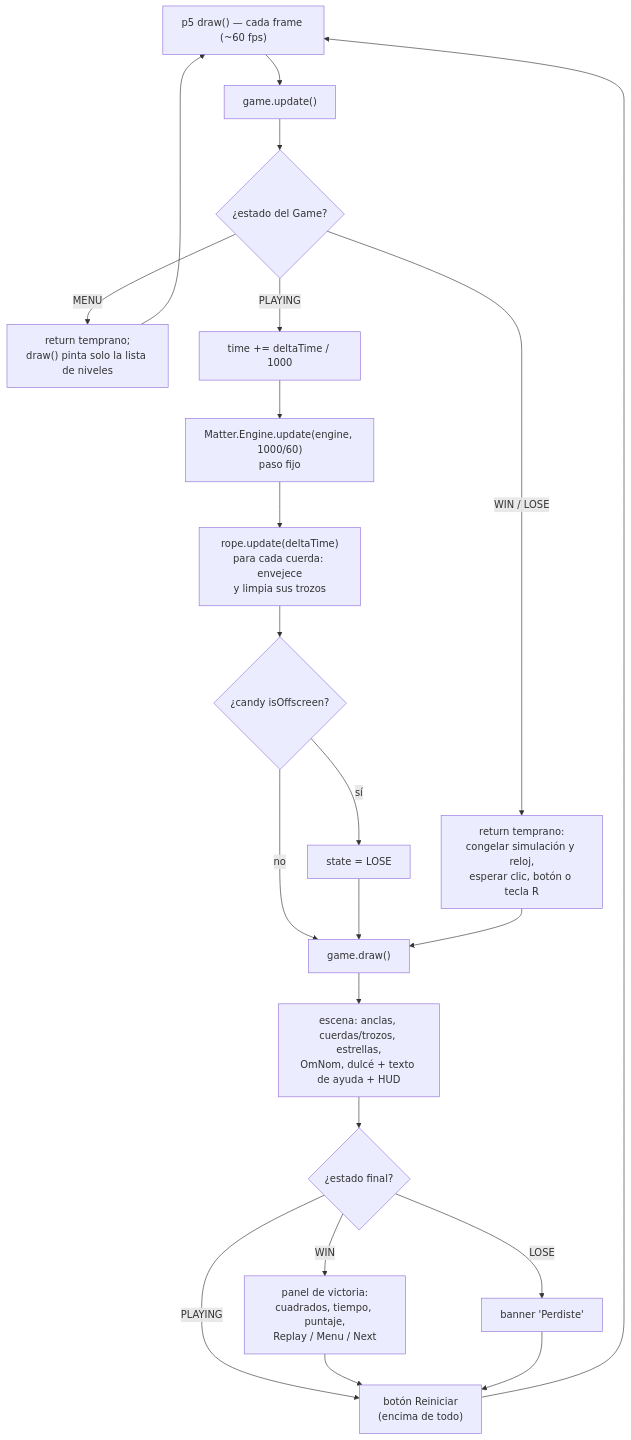
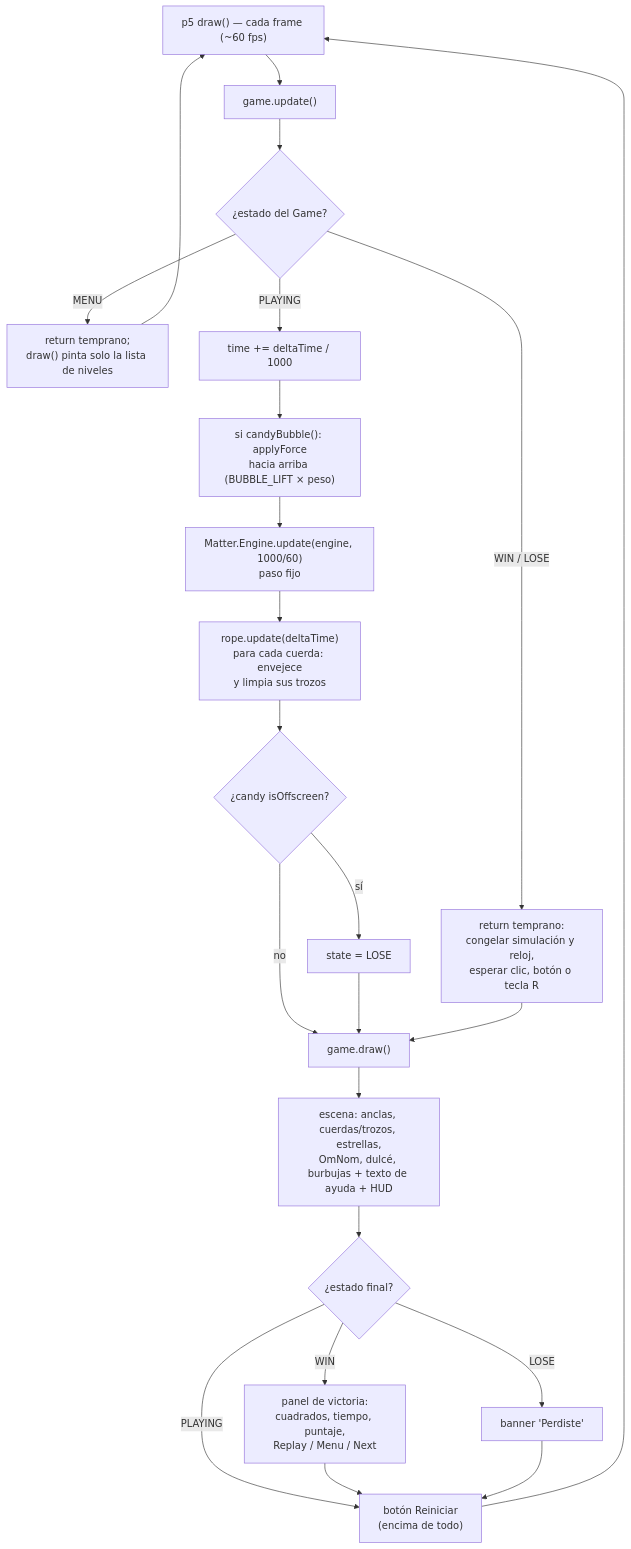
One commit to ShryhakAkizuki/Cut_The_Rope-Visual_Computing_2026-II changed the fifth of 5 diagrams in docs/arquitectura-mvp.md. Above: the diagram before and after it, drawn with Mermaid. The commit also changed other lines of this file and 5 other files, not shown here.

````diff
--- a/docs/arquitectura-mvp.md
+++ b/docs/arquitectura-mvp.md
@@ -365,24 +395,25 @@
 ```mermaid
 flowchart TD
     A["p5 draw() — cada frame (~60 fps)"] --> B["game.update()"]
     B --> C{"¿estado del Game?"}
     C -->|MENU| MN["return temprano;<br/>draw() pinta solo la lista de niveles"]
     MN --> A
     C -->|WIN / LOSE| D["return temprano:<br/>congelar simulación y reloj,<br/>esperar clic, botón o tecla R"]
     C -->|PLAYING| T["time += deltaTime / 1000"]
-    T --> E["Matter.Engine.update(engine, 1000/60)<br/>paso fijo"]
+    T --> BF["si candyBubble(): applyForce<br/>hacia arriba (BUBBLE_LIFT × peso)"]
+    BF --> E["Matter.Engine.update(engine, 1000/60)<br/>paso fijo"]
     E --> F["rope.update(deltaTime)<br/>para cada cuerda: envejece<br/>y limpia sus trozos"]
     F --> G{"¿candy isOffscreen?"}
     G -->|sí| H["state = LOSE"]
     G -->|no| I["game.draw()"]
     H --> I
     D --> I
-    I --> J["escena: anclas, cuerdas/trozos, estrellas,<br/>OmNom, dulcé + texto de ayuda + HUD"]
+    I --> J["escena: anclas, cuerdas/trozos, estrellas,<br/>OmNom, dulcé, burbujas + texto de ayuda + HUD"]
     J --> K{"¿estado final?"}
     K -->|WIN| L["panel de victoria:<br/>cuadrados, tiempo, puntaje,<br/>Replay / Menu / Next"]
     K -->|LOSE| M["banner 'Perdiste'"]
     K -->|PLAYING| N["botón Reiniciar<br/>(encima de todo)"]
     L --> N
     M --> N
     N --> A
 ```
````
